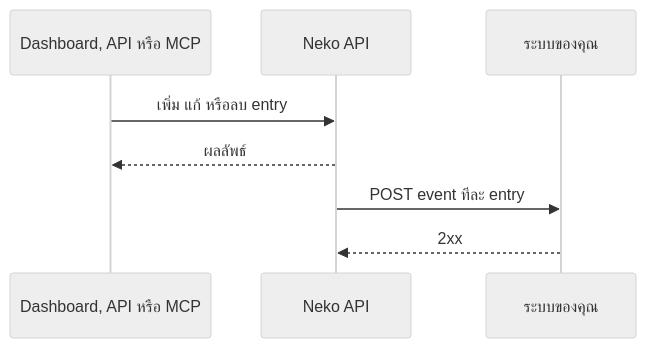
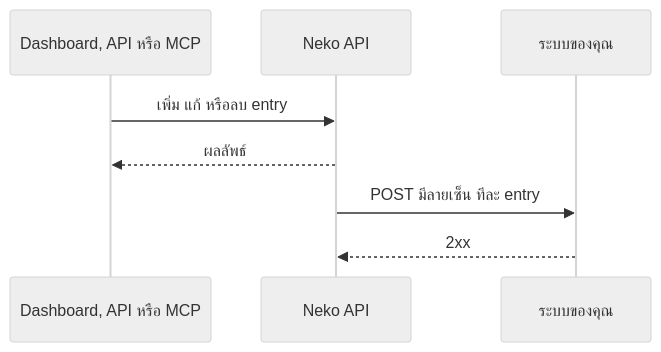
One commit to alice-magic/wiki changed the diagram in th/neko-launcher/whitelist-api.md. Above: the diagram before and after it, drawn with Mermaid (neutral theme). The commit also changed other lines of this file and 5 other files, not shown here.

````diff
--- a/th/neko-launcher/whitelist-api.md
+++ b/th/neko-launcher/whitelist-api.md
@@ -111,10 +148,10 @@
 ```mermaid
 sequenceDiagram
     participant D as Dashboard, API หรือ MCP
     participant N as Neko API
     participant Y as ระบบของคุณ
     D->>N: เพิ่ม แก้ หรือลบ entry
     N-->>D: ผลลัพธ์
-    N->>Y: POST event ทีละ entry
+    N->>Y: POST มีลายเซ็น ทีละ entry
     Y-->>N: 2xx
 ```
````
